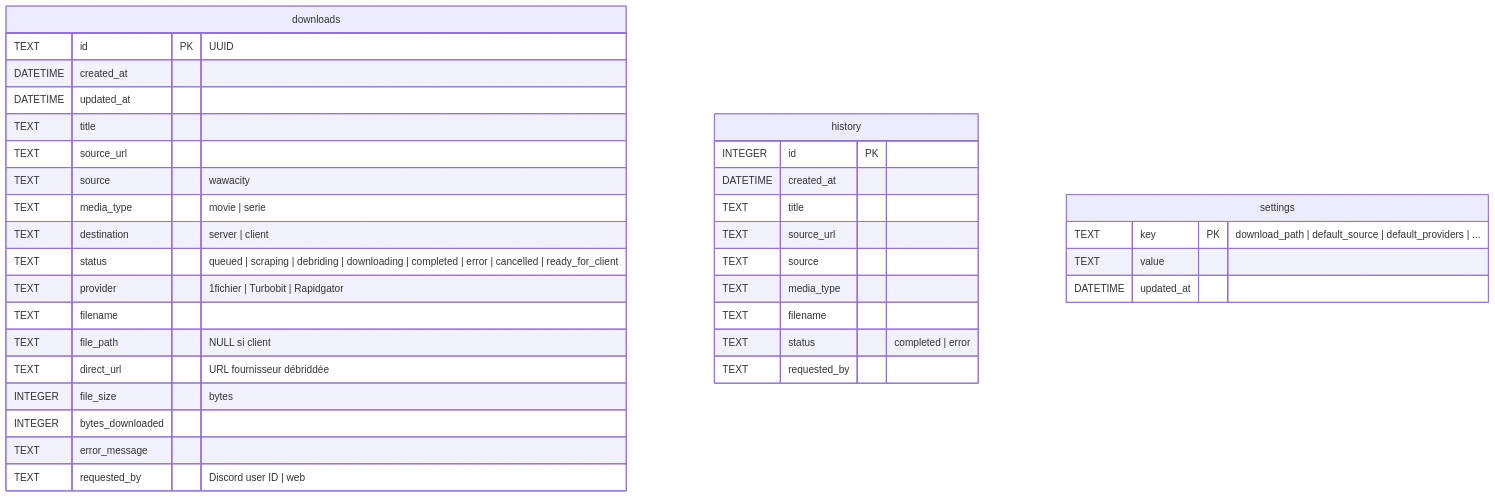
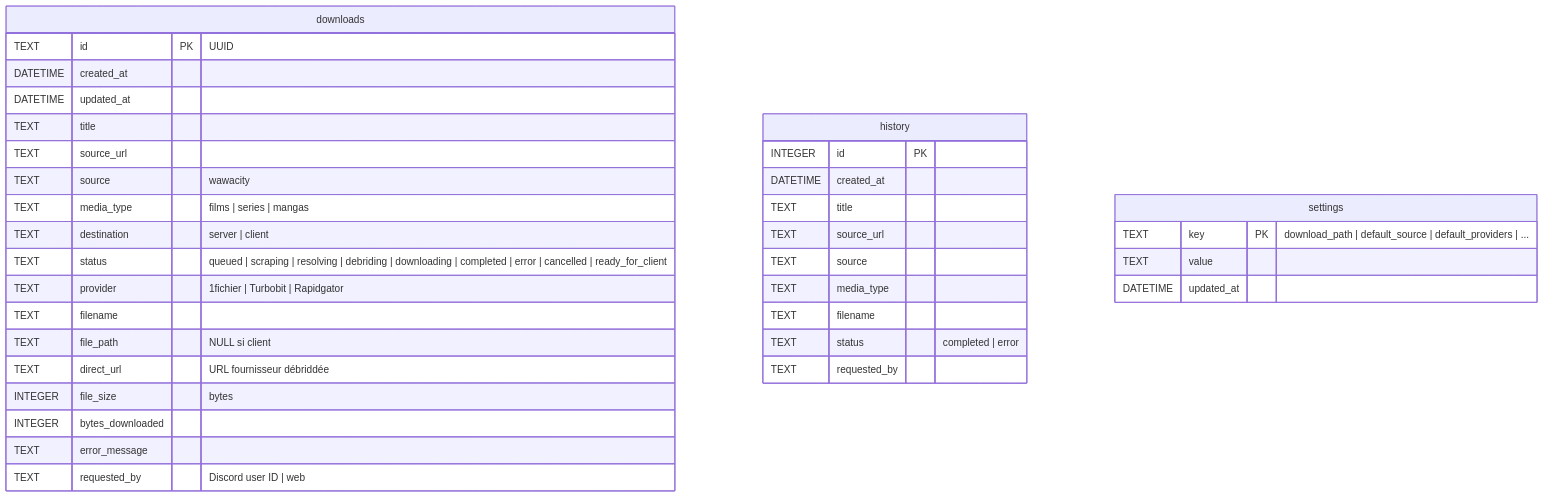
One commit to Gon3s/dl_discord_bot changed the fifth of 7 diagrams in docs/architecture-v2.md. Above: the diagram before and after it, drawn with Mermaid. The commit also changed other lines of this file and 42 other files, not shown here.

````diff
--- a/docs/architecture-v2.md
+++ b/docs/architecture-v2.md
@@ -199,40 +199,40 @@
 ```mermaid
 erDiagram
     downloads {
         TEXT id PK "UUID"
         DATETIME created_at
         DATETIME updated_at
         TEXT title
         TEXT source_url
         TEXT source "wawacity"
-        TEXT media_type "movie | serie"
+        TEXT media_type "films | series | mangas"
         TEXT destination "server | client"
-        TEXT status "queued | scraping | debriding | downloading | completed | error | cancelled | ready_for_client"
+        TEXT status "queued | scraping | resolving | debriding | downloading | completed | error | cancelled | ready_for_client"
         TEXT provider "1fichier | Turbobit | Rapidgator"
         TEXT filename
         TEXT file_path "NULL si client"
         TEXT direct_url "URL fournisseur débriddée"
         INTEGER file_size "bytes"
         INTEGER bytes_downloaded
         TEXT error_message
         TEXT requested_by "Discord user ID | web"
     }
 
     history {
         INTEGER id PK
         DATETIME created_at
         TEXT title
         TEXT source_url
         TEXT source
         TEXT media_type
         TEXT filename
         TEXT status "completed | error"
         TEXT requested_by
     }
 
     settings {
         TEXT key PK "download_path | default_source | default_providers | ..."
         TEXT value
         DATETIME updated_at
     }
 ```
````
